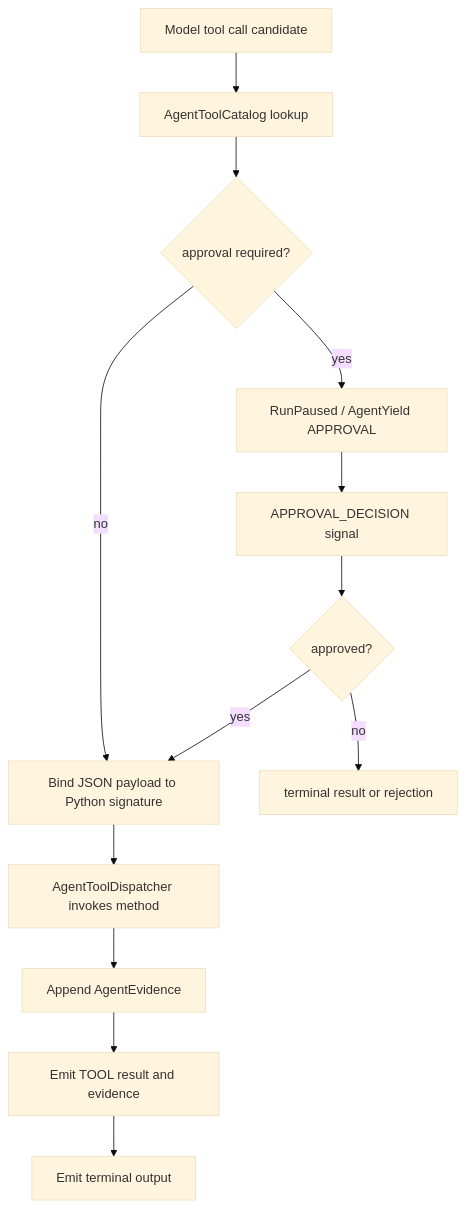
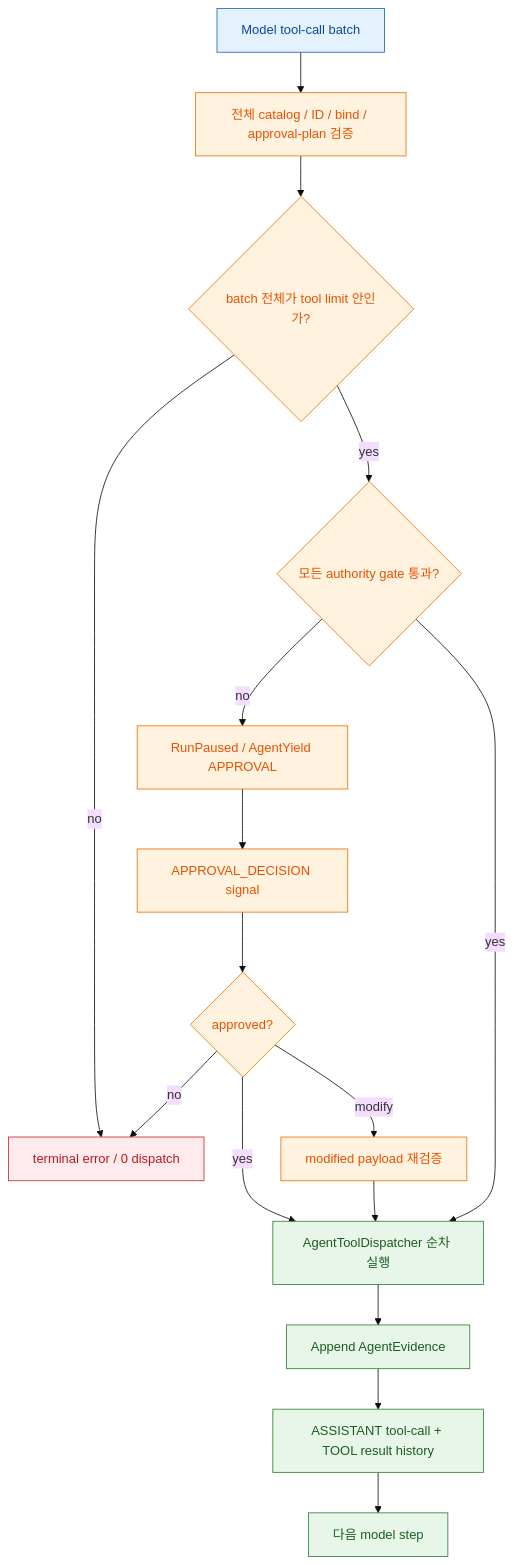
One commit to E5presso/spakky-framework changed the second of 3 diagrams in docs/guides/agents-advanced.md. Above: the diagram before and after it, drawn with Mermaid (base theme). The commit also changed other lines of this file and 40 other files, not shown here.

Commit message:
feat(agent): add bounded iterative tool loop

````diff
--- a/docs/guides/agents-advanced.md
+++ b/docs/guides/agents-advanced.md
@@ -51,15 +57,27 @@
 ```mermaid
 flowchart TD
-  Candidate[Model tool call candidate] --> Lookup[AgentToolCatalog lookup]
-  Lookup --> Approval{approval required?}
-  Approval -- no --> Bind[Bind JSON payload to Python signature]
-  Approval -- yes --> Pause[RunPaused / AgentYield APPROVAL]
+  Candidate[Model tool-call batch] --> Validate["전체 catalog / ID / bind / approval-plan 검증"]
+  Validate --> Limit{batch 전체가 tool limit 안인가?}
+  Limit -- no --> Fail[terminal error / 0 dispatch]
+  Limit -- yes --> Approval{모든 authority gate 통과?}
+  Approval -- no --> Pause[RunPaused / AgentYield APPROVAL]
   Pause --> Decision[APPROVAL_DECISION signal]
   Decision --> Approved{approved?}
-  Approved -- no --> Finish[terminal result or rejection]
-  Approved -- yes --> Bind
-  Bind --> Dispatch[AgentToolDispatcher invokes method]
+  Approved -- no --> Fail
+  Approved -- modify --> Rebind[modified payload 재검증]
+  Approved -- yes --> Dispatch[AgentToolDispatcher 순차 실행]
+  Rebind --> Dispatch
+  Approval -- yes --> Dispatch
   Dispatch --> Evidence[Append AgentEvidence]
-  Evidence --> Result[Emit TOOL result and evidence]
-  Result --> Terminal[Emit terminal output]
+  Evidence --> History[ASSISTANT tool-call + TOOL result history]
+  History --> Next[다음 model step]
+
+  classDef model fill:#E3F2FD,stroke:#1565C0,color:#0D47A1
+  classDef gate fill:#FFF3E0,stroke:#EF6C00,color:#E65100
+  classDef action fill:#E8F5E9,stroke:#2E7D32,color:#1B5E20
+  classDef stop fill:#FFEBEE,stroke:#C62828,color:#B71C1C
+  class Candidate model
+  class Validate,Limit,Approval,Pause,Decision,Approved,Rebind gate
+  class Dispatch,Evidence,History,Next action
+  class Fail stop
 ```
````
